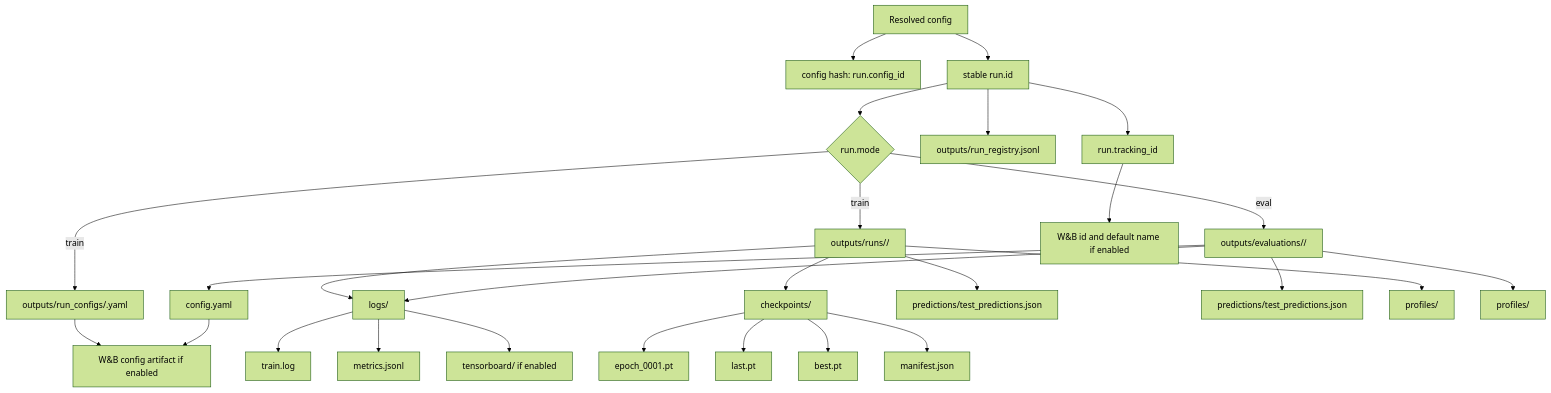
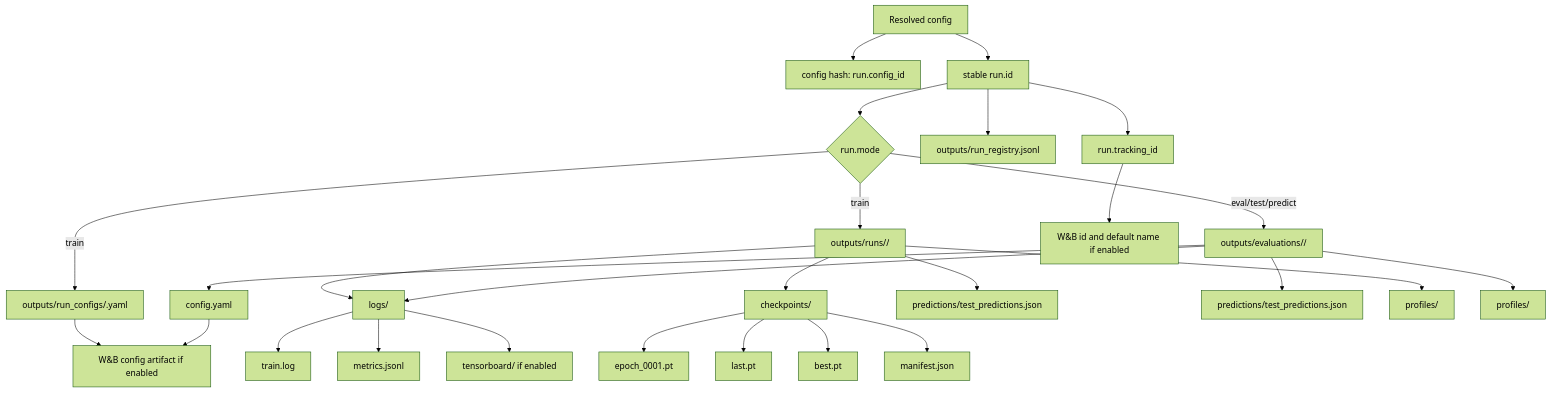
One commit to CodeName-Detective/Experimentarium changed the fourth of 5 diagrams in Flowchart.md. Above: the diagram before and after it, drawn with Mermaid (forest theme). The commit also changed other lines of this file and 46 other files, not shown here.

````diff
--- a/Flowchart.md
+++ b/Flowchart.md
@@ -151,34 +151,34 @@
 ```mermaid
 flowchart TD
     Config[Resolved config] --> Hash[config hash: run.config_id]
     Config --> RunID[stable run.id]
     RunID --> Mode{run.mode}
     RunID --> Registry[outputs/run_registry.jsonl]
 
     Mode -->|train| ConfigFile["outputs/run_configs/<run_id>.yaml"]
     Mode -->|train| RunDir["outputs/runs/<run_id>/"]
-    Mode -->|eval| EvalDir["outputs/evaluations/<run_id>/"]
+    Mode -->|eval/test/predict| EvalDir["outputs/evaluations/<run_id>/"]
     EvalDir --> EvalConfig[config.yaml]
 
     RunDir --> Logs[logs/]
     EvalDir --> Logs
     Logs --> TrainLog[train.log]
     Logs --> Metrics[metrics.jsonl]
     Logs --> TB[tensorboard/ if enabled]
 
     RunDir --> Checkpoints[checkpoints/]
     Checkpoints --> Epoch[epoch_0001.pt]
     Checkpoints --> Last[last.pt]
     Checkpoints --> Best[best.pt]
     Checkpoints --> Manifest[manifest.json]
 
     RunDir --> Predictions[predictions/test_predictions.json]
     EvalDir --> EvalPredictions[predictions/test_predictions.json]
     RunDir --> Profiles[profiles/]
     EvalDir --> EvalProfiles[profiles/]
 
     RunID --> TrackingID["run.tracking_id"]
     TrackingID --> WandB["W&B id and default name if enabled"]
     ConfigFile --> WandBArtifact["W&B config artifact if enabled"]
     EvalConfig --> WandBArtifact
 ```
````
